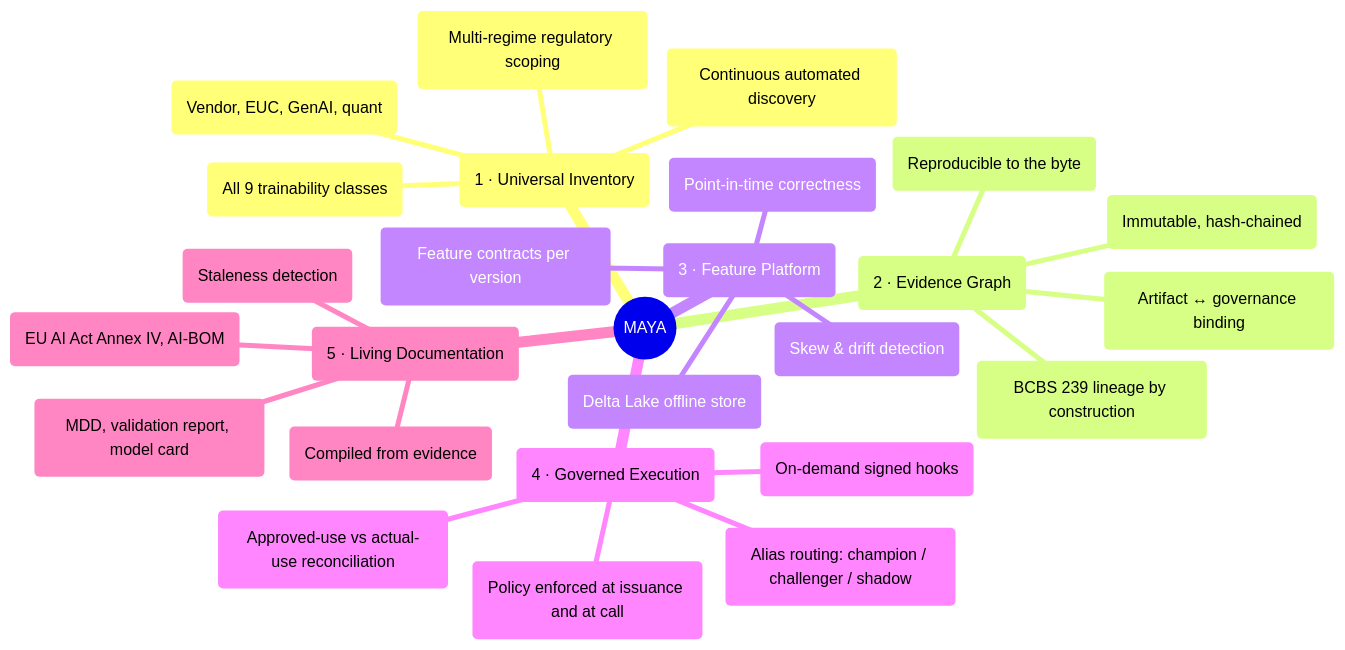
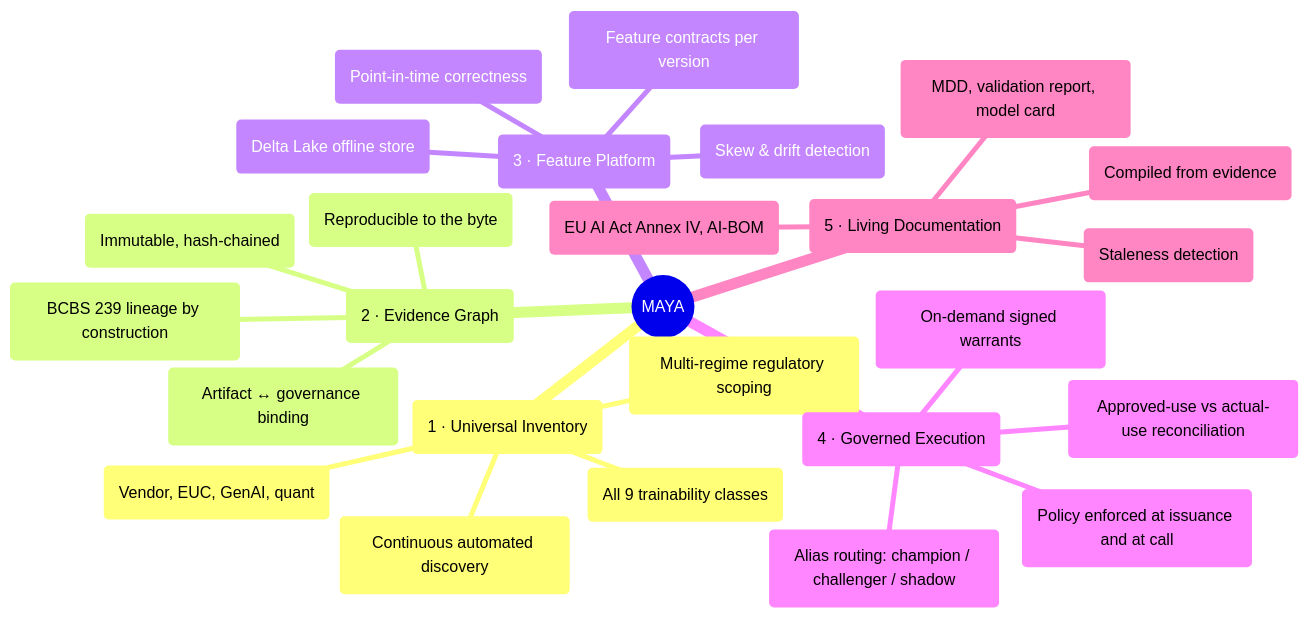
Before and after one commit to ajsinha/maya: the first of 3 diagrams in docs/03-requirements.md, drawn with Mermaid. The commit also changed other lines of this file and 50 other files, not shown here.

````diff
--- a/docs/03-requirements.md
+++ b/docs/03-requirements.md
@@ -85,29 +85,29 @@
 ```mermaid
 mindmap
   root(("MAYA"))
     ("1 · Universal Inventory")
       ("All 9 trainability classes")
       ("Vendor, EUC, GenAI, quant")
       ("Multi-regime regulatory scoping")
       ("Continuous automated discovery")
     ("2 · Evidence Graph")
       ("Immutable, hash-chained")
       ("Artifact ↔ governance binding")
       ("Reproducible to the byte")
       ("BCBS 239 lineage by construction")
     ("3 · Feature Platform")
       ("Delta Lake offline store")
       ("Point-in-time correctness")
       ("Feature contracts per version")
       ("Skew & drift detection")
     ("4 · Governed Execution")
-      ("On-demand signed hooks")
+      ("On-demand signed warrants")
       ("Alias routing: champion / challenger / shadow")
       ("Policy enforced at issuance and at call")
       ("Approved-use vs actual-use reconciliation")
     ("5 · Living Documentation")
       ("Compiled from evidence")
       ("MDD, validation report, model card")
       ("EU AI Act Annex IV, AI-BOM")
       ("Staleness detection")
 ```
````
